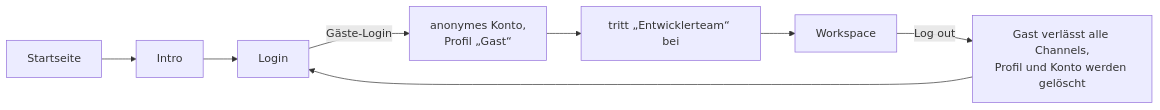
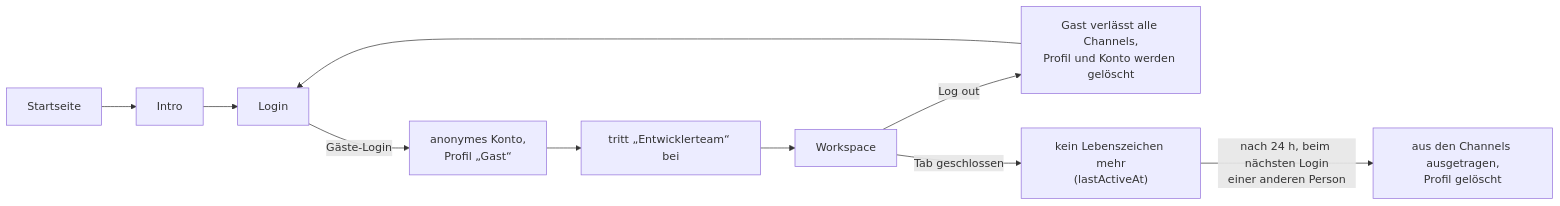
The fourth of 7 diagrams in README.md (ttoebbe/dabubble), drawn with Mermaid before and after one commit. The commit also changed other lines of this file, not shown here.

````diff
--- a/README.md
+++ b/README.md
@@ -226,9 +226,11 @@
 ```mermaid
 flowchart LR
   open["Startseite"] --> intro["Intro"] --> loginPage["Login"]
   loginPage -->|"Gäste-Login"| guest["anonymes Konto,<br/>Profil „Gast“"]
   guest --> startChannel["tritt „Entwicklerteam“ bei"]
   startChannel --> ws["Workspace"]
   ws -->|"Log out"| removed["Gast verlässt alle Channels,<br/>Profil und Konto werden gelöscht"]
   removed --> loginPage
+  ws -->|"Tab geschlossen"| stale["kein Lebenszeichen mehr<br/>(lastActiveAt)"]
+  stale -->|"nach 24 h, beim nächsten Login<br/>einer anderen Person"| cleaned["aus den Channels ausgetragen,<br/>Profil gelöscht"]
 ```
````
